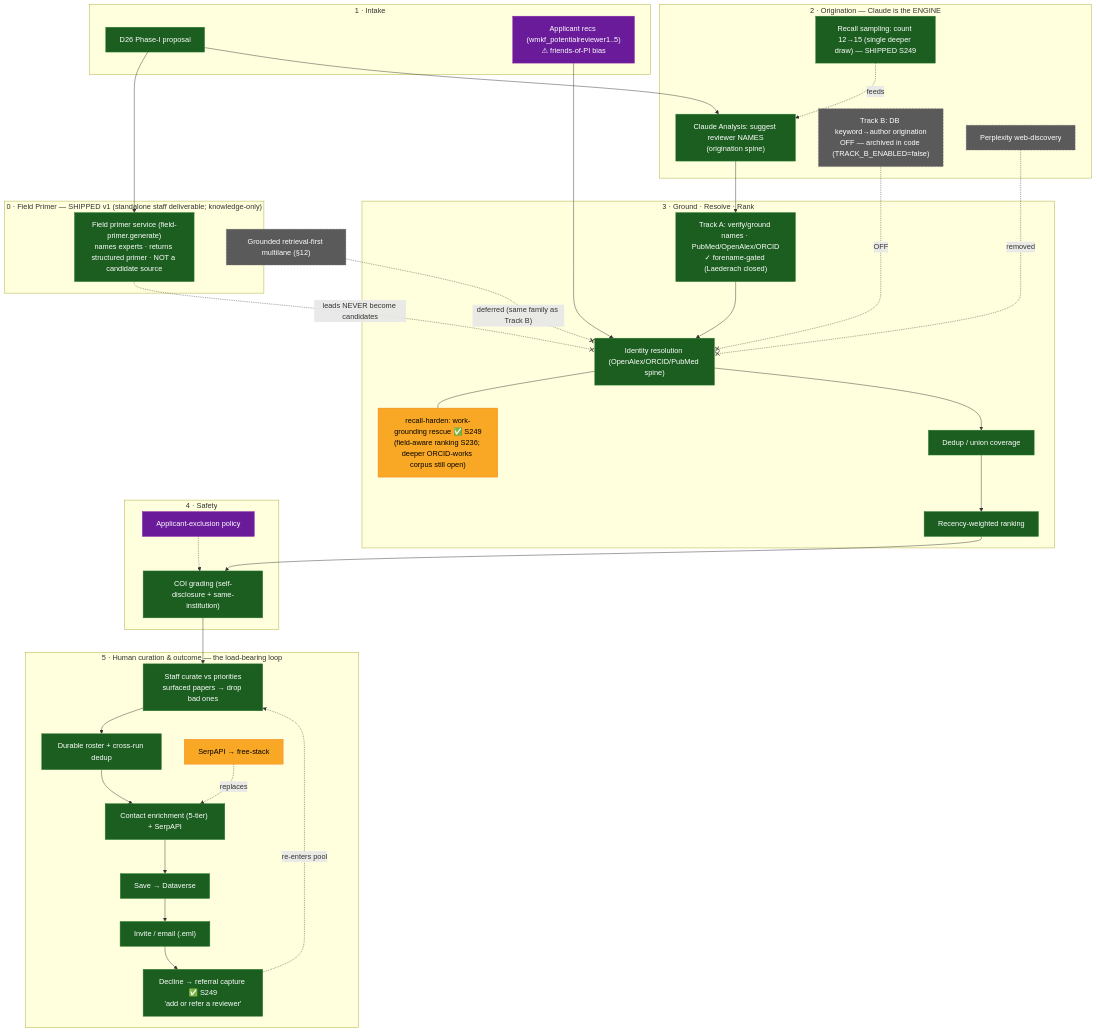
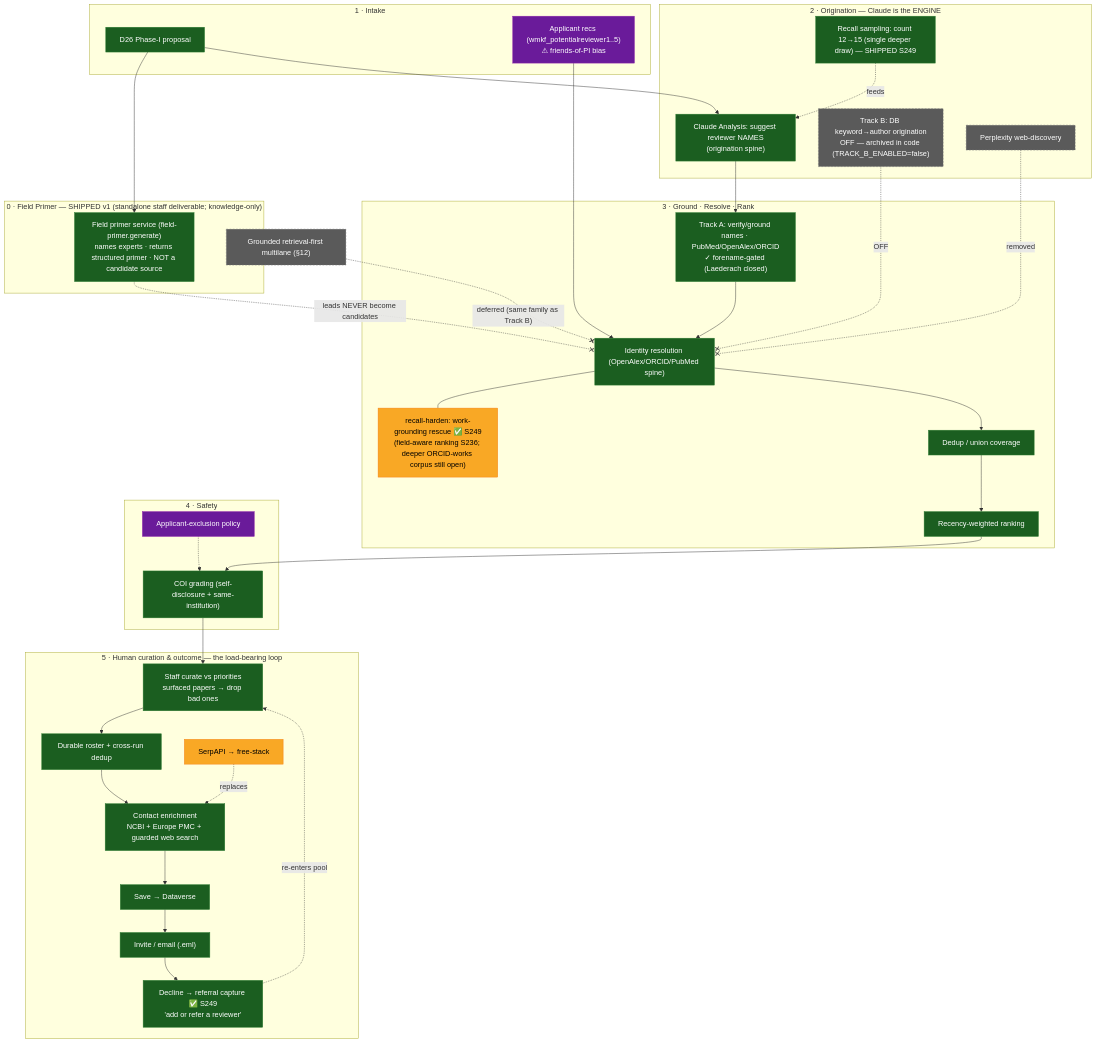
Before and after one commit to justingallivan/wmkf-research-apps: the diagram in docs/REVIEWER_FINDER_D26_PIPELINE_FLOWCHART.md, drawn with Mermaid. The commit also changed other lines of this file and 35 other files, not shown here.

````diff
--- a/docs/REVIEWER_FINDER_D26_PIPELINE_FLOWCHART.md
+++ b/docs/REVIEWER_FINDER_D26_PIPELINE_FLOWCHART.md
@@ -40,70 +40,70 @@
 ```mermaid
 flowchart TD
     subgraph PRIMER["0 · Field Primer — SHIPPED v1 (standalone staff deliverable; knowledge-only)"]
         PR["Field primer service (field-primer.generate)<br/>names experts · returns structured primer · NOT a candidate source"]
     end
 
     subgraph INPUT["1 · Intake"]
         P[D26 Phase-I proposal]
         AppRecs["Applicant recs (wmkf_potentialreviewer1..5)<br/>⚠ friends-of-PI bias"]
     end
 
     subgraph ORIG["2 · Origination — Claude is the ENGINE"]
         CA["Claude Analysis: suggest reviewer NAMES<br/>(origination spine)"]
         RS["Recall sampling: count 12→15 (single deeper draw) — SHIPPED S249"]
         TB["Track B: DB keyword→author origination<br/>OFF — archived in code (TRACK_B_ENABLED=false)"]
         WEB["Perplexity web-discovery"]
     end
 
     subgraph GROUND["3 · Ground · Resolve · Rank"]
         TA["Track A: verify/ground names · PubMed/OpenAlex/ORCID<br/>✓ forename-gated (Laederach closed)"]
         ID["Identity resolution (OpenAlex/ORCID/PubMed spine)"]
         IDFIX["recall-harden: work-grounding rescue ✅ S249<br/>(field-aware ranking S236; deeper ORCID-works corpus still open)"]
         DD["Dedup / union coverage"]
         RK["Recency-weighted ranking"]
     end
 
     subgraph GATE["4 · Safety"]
         COI["COI grading (self-disclosure + same-institution)"]
         EXC["Applicant-exclusion policy"]
     end
 
     subgraph HUMAN["5 · Human curation & outcome — the load-bearing loop"]
         CUR["Staff curate vs priorities<br/>surfaced papers → drop bad ones"]
         ROSTER["Durable roster + cross-run dedup"]
-        ENR["Contact enrichment (5-tier) + SerpAPI"]
+        ENR["Contact enrichment<br/>NCBI + Europe PMC + guarded web search"]
         SERP["SerpAPI → free-stack"]
         SAVE["Save → Dataverse"]
         INVITE["Invite / email (.eml)"]
         REF["Decline → referral capture ✅ S249<br/>'add or refer a reviewer'"]
     end
 
     GROUNDED["Grounded retrieval-first multilane (§12)"]
 
     P --> PR
     P --> CA
     RS -.feeds.-> CA
     AppRecs --> ID
     CA --> TA --> ID
     TB -. OFF .-x ID
     WEB -. removed .-x ID
     PR -. leads NEVER become candidates .-x ID
     ID --- IDFIX
     ID --> DD --> RK --> COI
     EXC -.-> COI
     COI --> CUR --> ROSTER --> ENR --> SAVE --> INVITE
     SERP -. replaces .-> ENR
     INVITE --> REF
     REF -. re-enters pool .-> CUR
     GROUNDED -. deferred (same family as Track B) .-x ID
 
     classDef exists fill:#1b5e20,stroke:#2e7d32,color:#fff
     classDef build fill:#f9a825,stroke:#f57f17,color:#000
     classDef dead fill:#5a5a5a,stroke:#777,color:#fff,stroke-dasharray:4 3
     classDef open fill:#6a1b9a,stroke:#8e24aa,color:#fff
 
     class P,CA,TA,ID,DD,RK,COI,CUR,ROSTER,ENR,SAVE,INVITE,PR,RS,REF exists
     class IDFIX,SERP build
     class WEB,GROUNDED,TB dead
     class EXC,AppRecs open
 ```
````
